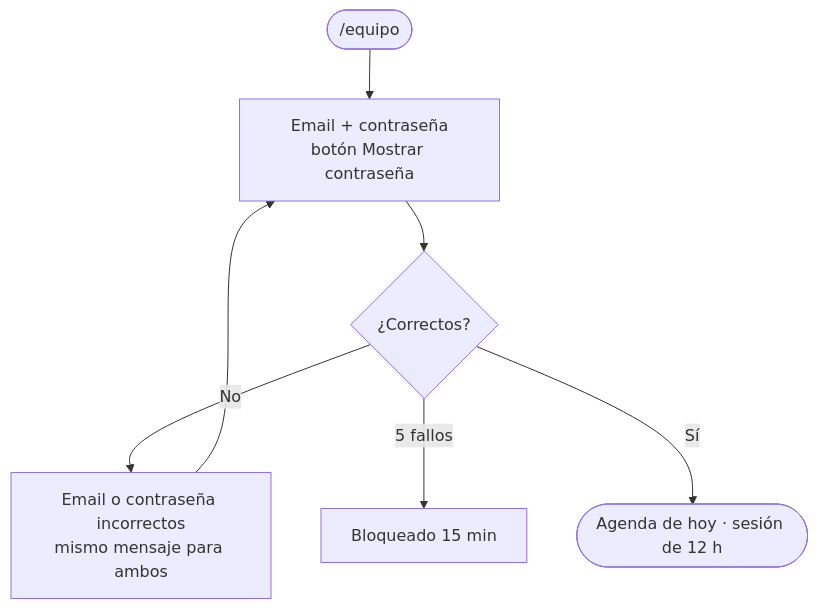
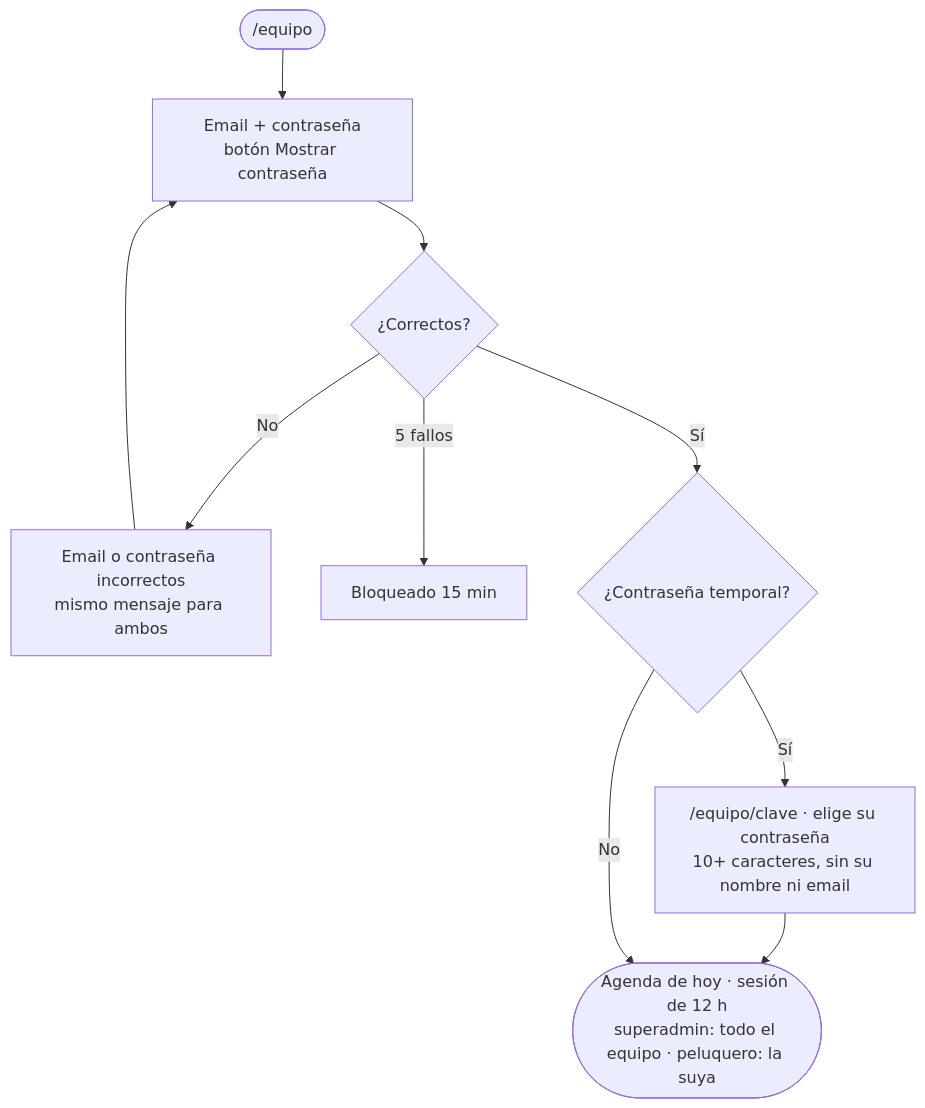
One commit to andreamperezp/Filo changed the third of 12 diagrams in docs/user-flows.md. Above: the diagram before and after it, drawn with Mermaid. The commit also changed other lines of this file and 59 other files, not shown here.

First line of the commit message:
feat(equipo): roles superadmin y peluquero, calendario y servicio "Otro"

````diff
--- a/docs/user-flows.md
+++ b/docs/user-flows.md
@@ -67,8 +73,10 @@
 ```mermaid
 flowchart TD
   A([/equipo]) --> B[Email + contraseña<br/>botón Mostrar contraseña]
   B --> C{¿Correctos?}
   C -- No --> D[Email o contraseña incorrectos<br/>mismo mensaje para ambos] --> B
   C -- 5 fallos --> E[Bloqueado 15 min]
-  C -- Sí --> F([Agenda de hoy · sesión de 12 h])
+  C -- Sí --> G{¿Contraseña temporal?}
+  G -- Sí --> H["/equipo/clave · elige su contraseña<br/>10+ caracteres, sin su nombre ni email"] --> F
+  G -- No --> F([Agenda de hoy · sesión de 12 h<br/>superadmin: todo el equipo · peluquero: la suya])
 ```
````
